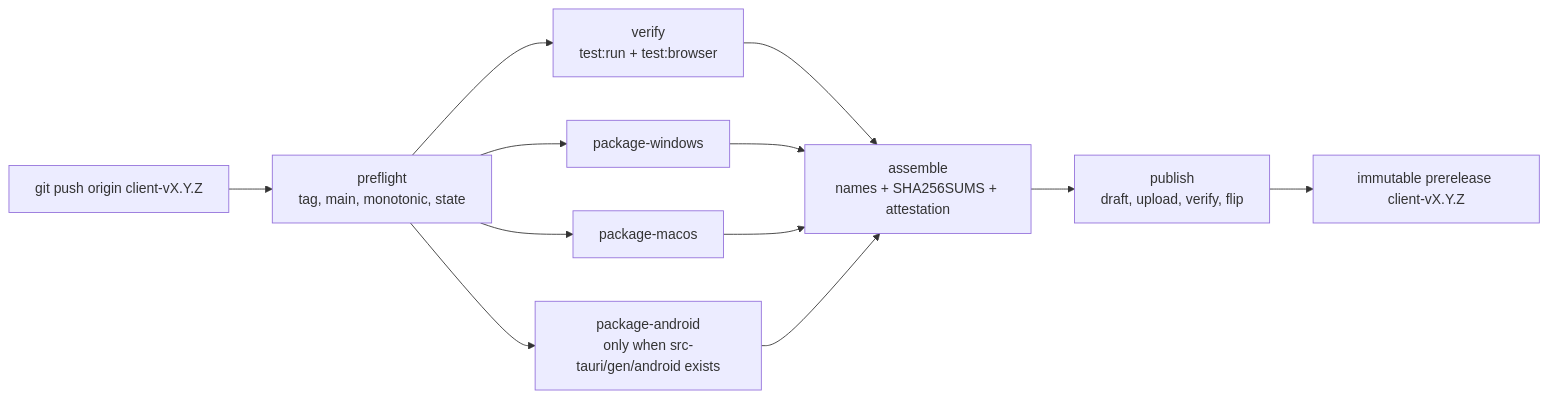
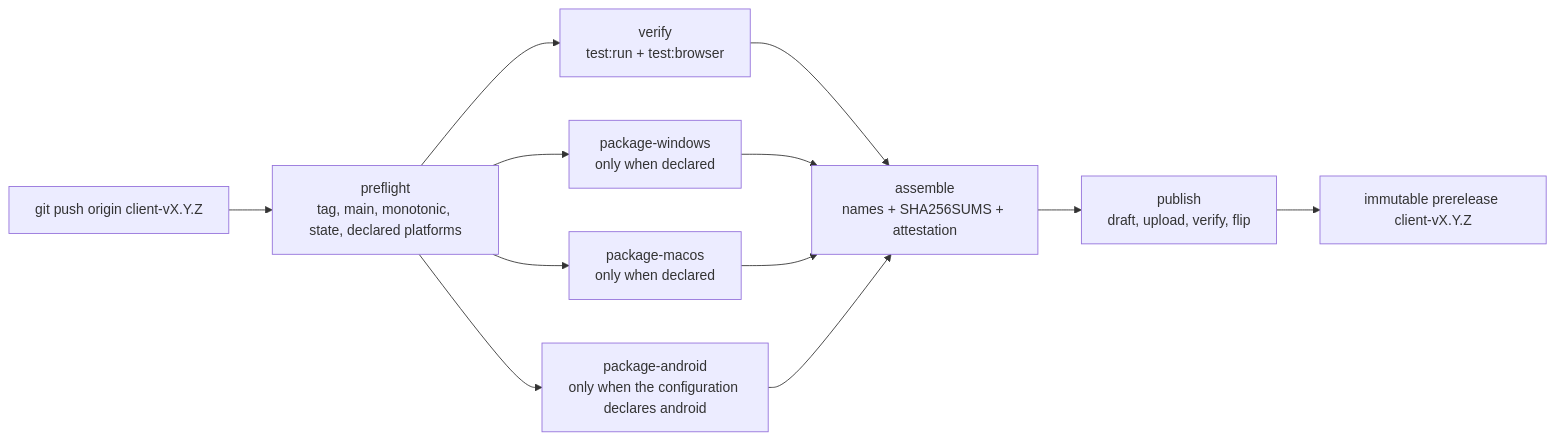
The diagram in docs/client-release.md (anywear-ai/AnyWear-Client), drawn with Mermaid before and after one commit. The commit also changed other lines of this file and 7 other files, not shown here.

First line of the commit message:
feat(client): declare the release platform set in configuration (#290)

````diff
--- a/docs/client-release.md
+++ b/docs/client-release.md
@@ -15,14 +15,14 @@
 ```mermaid
 flowchart LR
-    T["git push origin client-vX.Y.Z"] --> PF["preflight<br/>tag, main, monotonic, state"]
+    T["git push origin client-vX.Y.Z"] --> PF["preflight<br/>tag, main, monotonic, state, declared platforms"]
     PF --> V["verify<br/>test:run + test:browser"]
-    PF --> W["package-windows"]
-    PF --> M["package-macos"]
-    PF --> A["package-android<br/>only when src-tauri/gen/android exists"]
+    PF --> W["package-windows<br/>only when declared"]
+    PF --> M["package-macos<br/>only when declared"]
+    PF --> A["package-android<br/>only when the configuration declares android"]
     V --> AS["assemble<br/>names + SHA256SUMS + attestation"]
     W --> AS
     M --> AS
     A --> AS
     AS --> P["publish<br/>draft, upload, verify, flip"]
     P --> R["immutable prerelease client-vX.Y.Z"]
 ```
````
